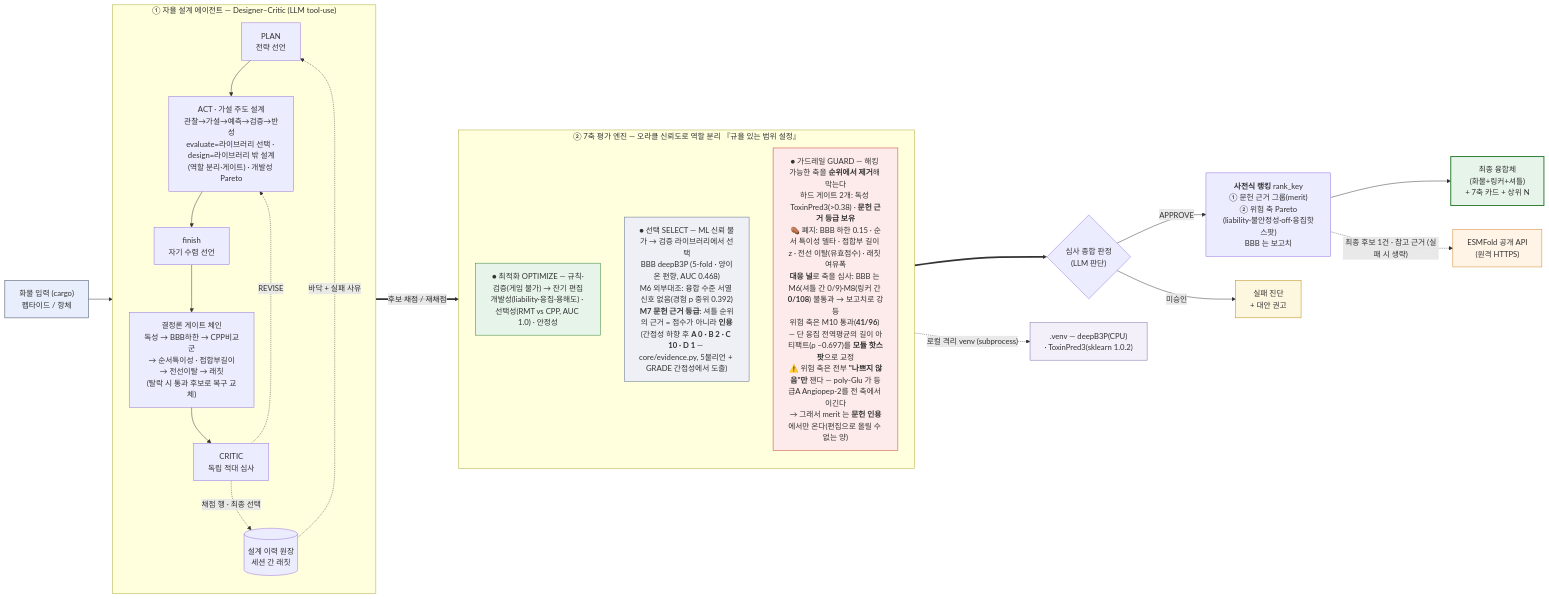
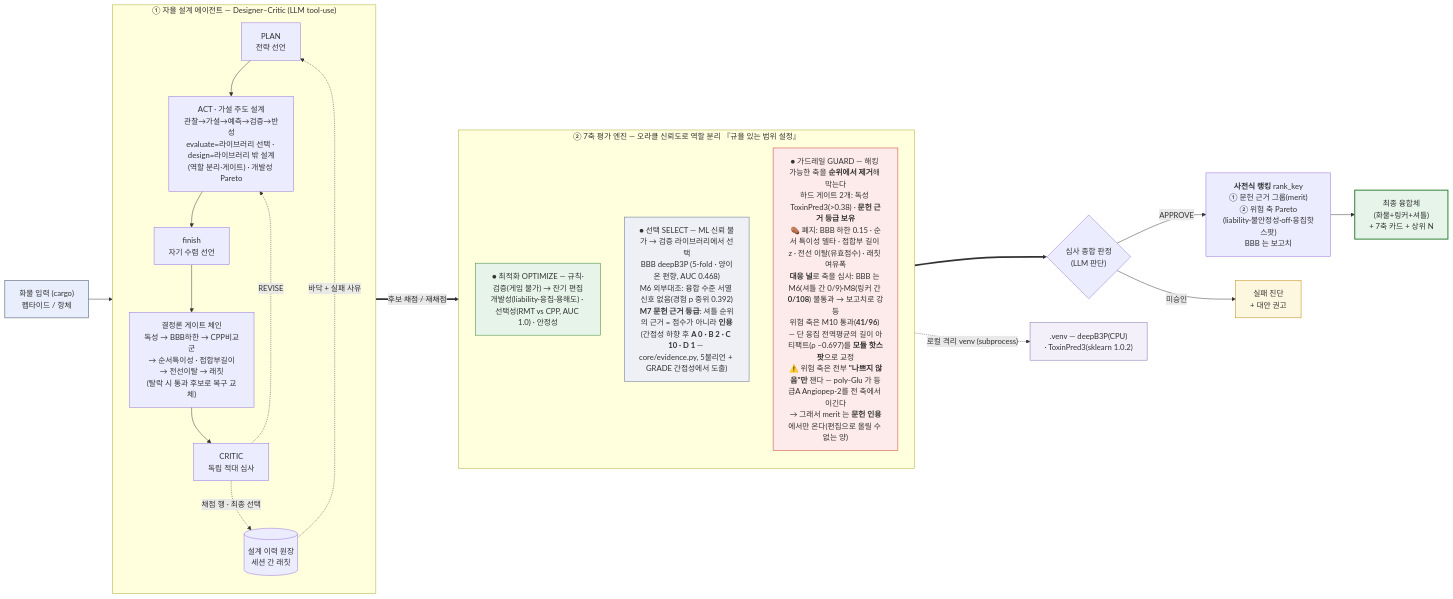
The first of 10 diagrams in 아키텍처.md (yunseul6028/BBB-Optimizer), drawn with Mermaid before and after one commit. The commit also changed other lines of this file and 10 other files, not shown here.

````diff
--- a/아키텍처.md
+++ b/아키텍처.md
@@ -19,40 +19,39 @@
 ```mermaid
 flowchart LR
   IN["화물 입력 (cargo)<br/>펩타이드 / 항체"]:::io --> AG
 
   subgraph AG["① 자율 설계 에이전트 — Designer–Critic (LLM tool-use)"]
     direction TB
     PLAN["PLAN<br/>전략 선언"] --> ACT["ACT · 가설 주도 설계<br/>관찰→가설→예측→검증→반성<br/>evaluate=라이브러리 선택 · design=라이브러리 밖 설계<br/>(역할 분리·게이트) · 개발성 Pareto"]
     ACT --> FIN["finish<br/>자기 수렴 선언"]
     FIN --> GT["결정론 게이트 체인<br/>독성 → BBB하한 → CPP비교군<br/>→ 순서특이성 · 접합부길이<br/>→ 전선이탈 → 래칫<br/>(탈락 시 통과 후보로 복구 교체)"]
     GT --> CR["CRITIC<br/>독립 적대 심사"]
     CR -.->|REVISE| ACT
     LG[("설계 이력 원장<br/>세션 간 래칫")] -.->|"바닥 + 실패 사유"| PLAN
     CR -.->|"채점 행 · 최종 선택"| LG
   end
 
   AG ==>|"후보 채점 / 재채점"| ENG
 
   subgraph ENG["② 7축 평가 엔진 — 오라클 신뢰도로 역할 분리 『규율 있는 범위 설정』"]
     direction TB
     OPT["● 최적화 OPTIMIZE — 규칙·검증(게임 불가) → 잔기 편집<br/>개발성(liability·응집·용해도) · 선택성(RMT vs CPP, AUC 1.0) · 안정성"]:::opt
     SEL["● 선택 SELECT — ML 신뢰 불가 → 검증 라이브러리에서 선택<br/>BBB deepB3P (5-fold · 양이온 편향, AUC 0.468)<br/>M6 외부대조: 융합 수준 서열 신호 없음(경험 p 중위 0.392)<br/><b>M7 문헌 근거 등급</b>: 셔틀 순위의 근거 = 점수가 아니라 <b>인용</b><br/>(간접성 하향 후 <b>A 0 · B 2 · C 10 · D 1</b> — core/evidence.py, 5불리언 + GRADE 간접성에서 도출)"]:::sel
     GRD["● 가드레일 GUARD — 해킹 가능한 축을 <b>순위에서 제거</b>해 막는다<br/>하드 게이트 2개: 독성 ToxinPred3(&gt;0.38) · <b>문헌 근거 등급 보유</b><br/>⚰️ 폐지: BBB 하한 0.15 · 순서 특이성 델타 · 접합부 길이 z · 전선 이탈(유효점수) · 래칫 여유폭<br/><b>대응 널</b>로 축을 심사: BBB 는 M6(셔틀 간 0/9)·M8(링커 간 <b>0/108</b>) 불통과 → 보고치로 강등<br/>위험 축은 M10 통과(<b>41/96</b>) — 단 응집 전역평균의 길이 아티팩트(ρ −0.697)를 <b>모듈 핫스팟</b>으로 교정<br/>⚠️ 위험 축은 전부 <b>&quot;나쁘지 않음&quot;만</b> 잰다 — poly-Glu 가 등급A Angiopep-2를 전 축에서 이긴다<br/>→ 그래서 merit 는 <b>문헌 인용</b>에서만 온다(편집으로 올릴 수 없는 양)"]:::grd
   end
 
   ENG ==> J{"심사 종합 판정<br/>(LLM 판단)"}
   J -->|APPROVE| RK["<b>사전식 랭킹</b> rank_key<br/>① 문헌 근거 그룹(merit)<br/>② 위험 축 Pareto<br/>(liability·불안정성·off·응집핫스팟)<br/>BBB 는 보고치"] --> OUT["최종 융합체<br/>(화물+링커+셔틀)<br/>+ 7축 카드 + 상위 N"]:::ok
   J -->|"미승인"| F["실패 진단<br/>+ 대안 권고"]:::warn
 
   ENG -.->|"로컬 격리 venv (subprocess)"| VENV[".venv — deepB3P(CPU)<br/>· ToxinPred3(sklearn 1.0.2)"]:::venv
-  RK -.->|"최종 후보 1건 · 참고 근거 (실패 시 생략)"| API["ESMFold 공개 API<br/>(원격 HTTPS)"]:::api
 
   classDef io fill:#e8eefc,stroke:#30405c;
   classDef opt fill:#e6f4ea,stroke:#2e7d32;
   classDef sel fill:#eef0f5,stroke:#5a6b8c;
   classDef grd fill:#fdeaea,stroke:#c0392b;
   classDef ok fill:#e6f4ea,stroke:#2e7d32,stroke-width:2px;
   classDef warn fill:#fef7e0,stroke:#b8860b;
   classDef venv fill:#f3f0fa,stroke:#7c6aa8;
   classDef api fill:#fff4e6,stroke:#d9822b;
 ```
````
